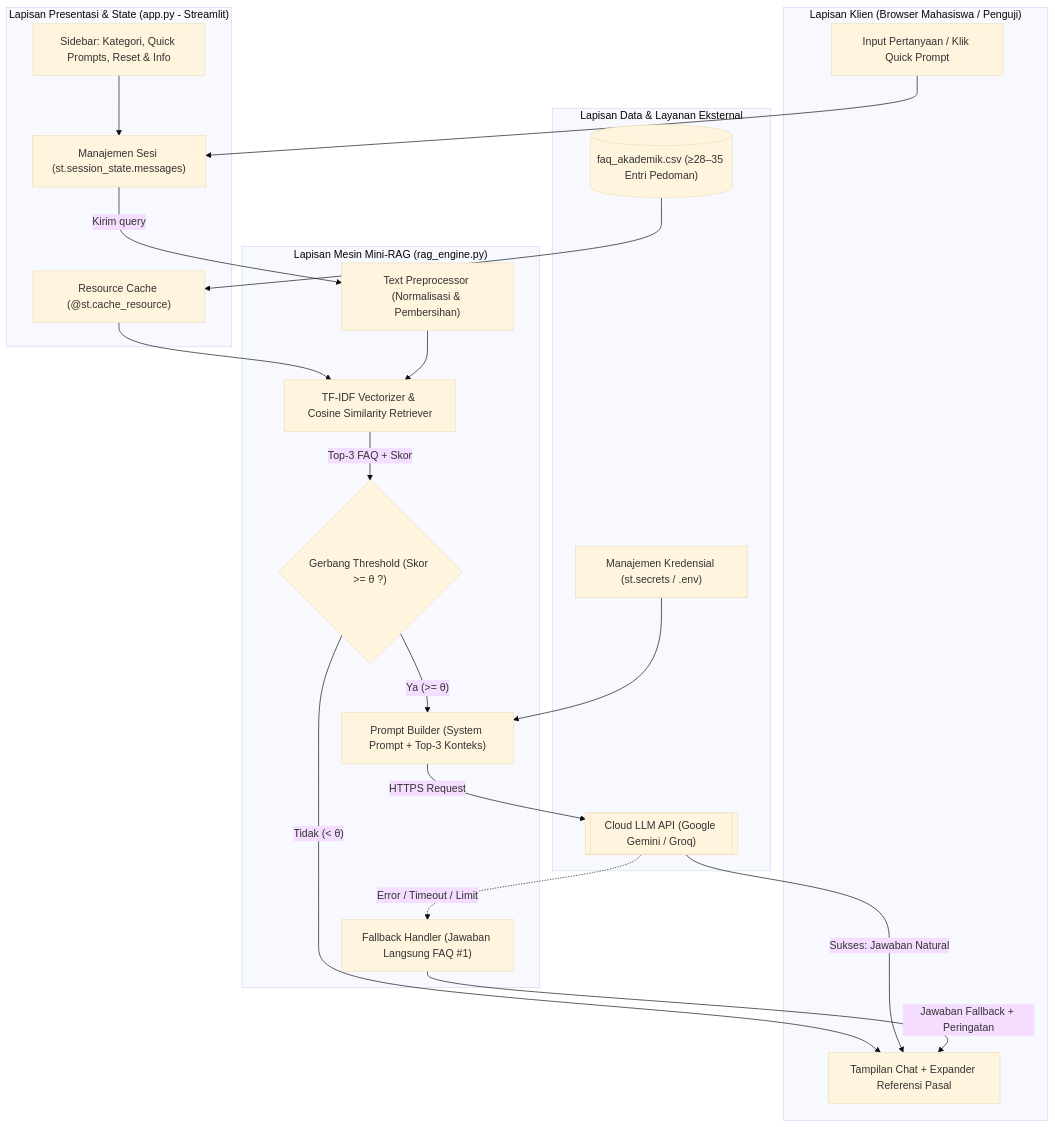
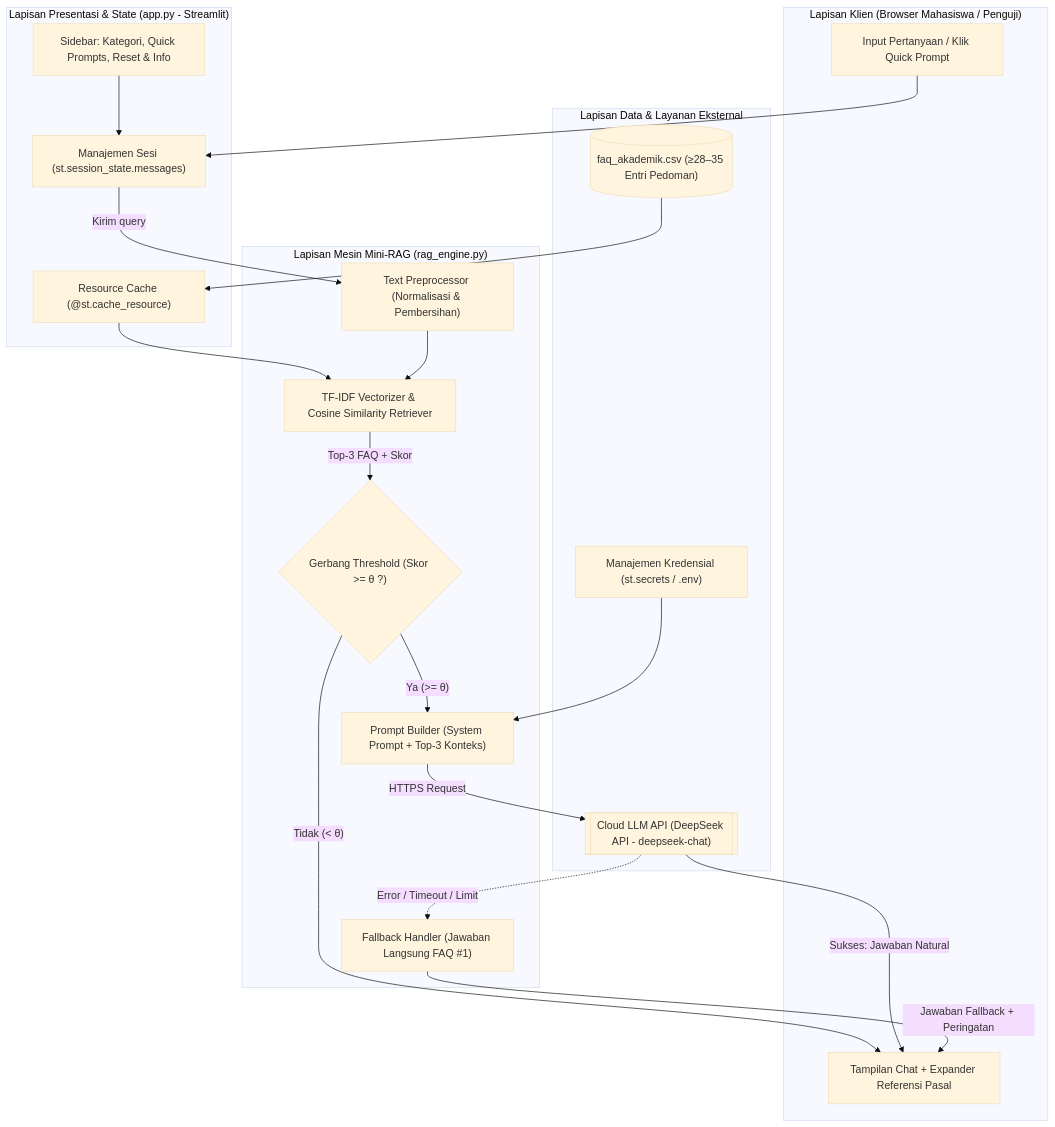
The first of 3 diagrams in docs/architecture.md (ahmadhakimitsnaini/ChatBot-Sistem-Akademik-), drawn with Mermaid (base theme) before and after one commit. The commit also changed other lines of this file and 3 other files, not shown here.

Commit message:
docs: synchronize specs to DeepSeek contract and add complete README

````diff
--- a/docs/architecture.md
+++ b/docs/architecture.md
@@ -21,42 +21,42 @@
 ```mermaid
 flowchart TD
     subgraph Client ["Lapisan Klien (Browser Mahasiswa / Penguji)"]
         U["Input Pertanyaan / Klik Quick Prompt"]
         V["Tampilan Chat + Expander Referensi Pasal"]
     end
 
     subgraph Presentation ["Lapisan Presentasi & State (app.py - Streamlit)"]
         SS["Manajemen Sesi (st.session_state.messages)"]
         CR["Resource Cache (@st.cache_resource)"]
         SB["Sidebar: Kategori, Quick Prompts, Reset & Info"]
     end
 
     subgraph CoreEngine ["Lapisan Mesin Mini-RAG (rag_engine.py)"]
         PP["Text Preprocessor (Normalisasi & Pembersihan)"]
         VR["TF-IDF Vectorizer & Cosine Similarity Retriever"]
         TG{"Gerbang Threshold (Skor >= θ ?)"}
         PB["Prompt Builder (System Prompt + Top-3 Konteks)"]
         FB["Fallback Handler (Jawaban Langsung FAQ #1)"]
     end
 
     subgraph DataAndExternal ["Lapisan Data & Layanan Eksternal"]
         CSV[("faq_akademik.csv (≥28–35 Entri Pedoman)")]
         SEC["Manajemen Kredensial (st.secrets / .env)"]
-        LLM[["Cloud LLM API (Google Gemini / Groq)"]]
+        LLM[["Cloud LLM API (DeepSeek API - deepseek-chat)"]]
     end
 
     U --> SS
     SB --> SS
     CSV --> CR
     CR --> VR
     SS -->|"Kirim query"| PP
     PP --> VR
     VR -->|"Top-3 FAQ + Skor"| TG
     TG -->|"Tidak (< θ)"| V
     TG -->|"Ya (>= θ)"| PB
     SEC --> PB
     PB -->|"HTTPS Request"| LLM
     LLM -->|"Sukses: Jawaban Natural"| V
     LLM -.->|"Error / Timeout / Limit"| FB
     FB -->|"Jawaban Fallback + Peringatan"| V
 ```
````
